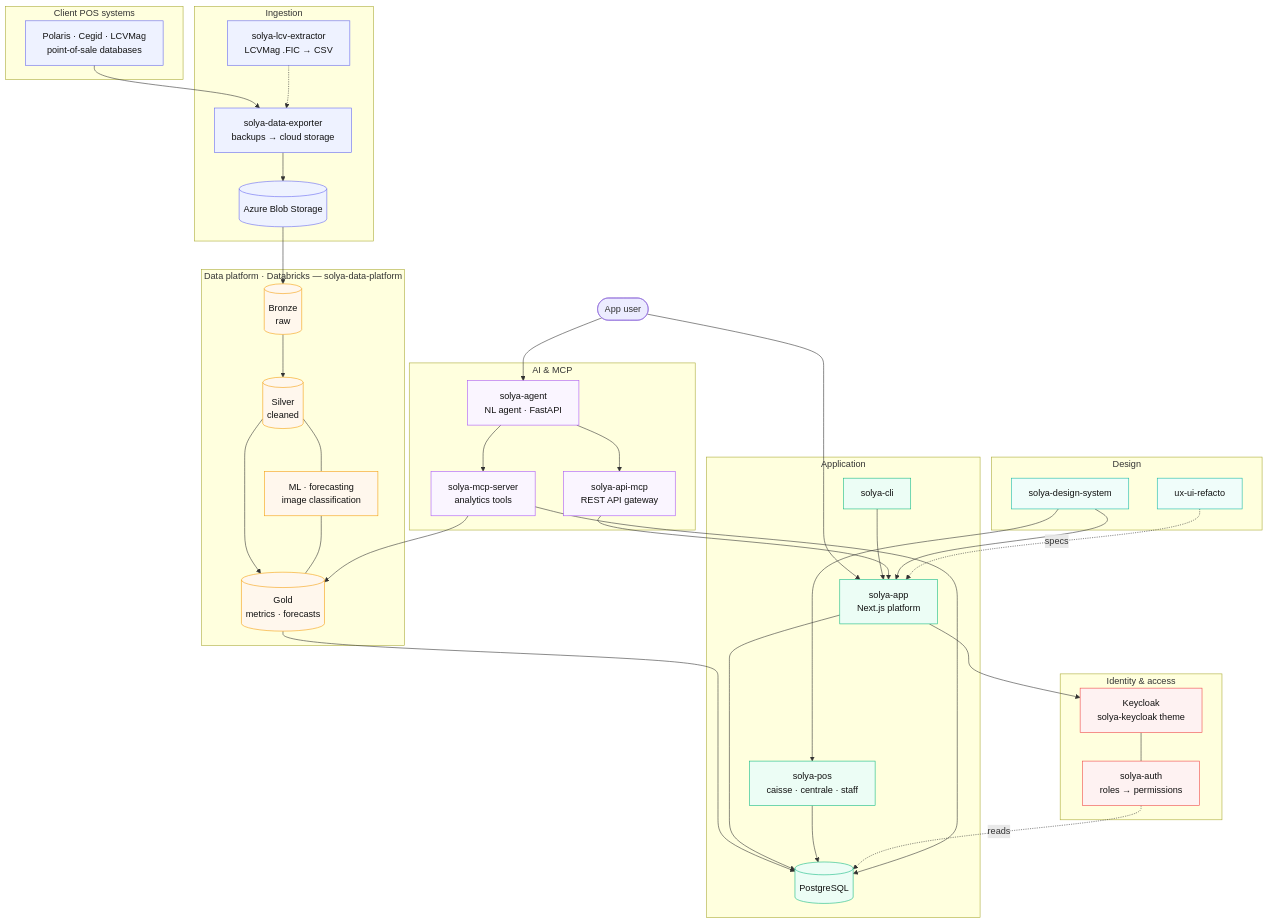
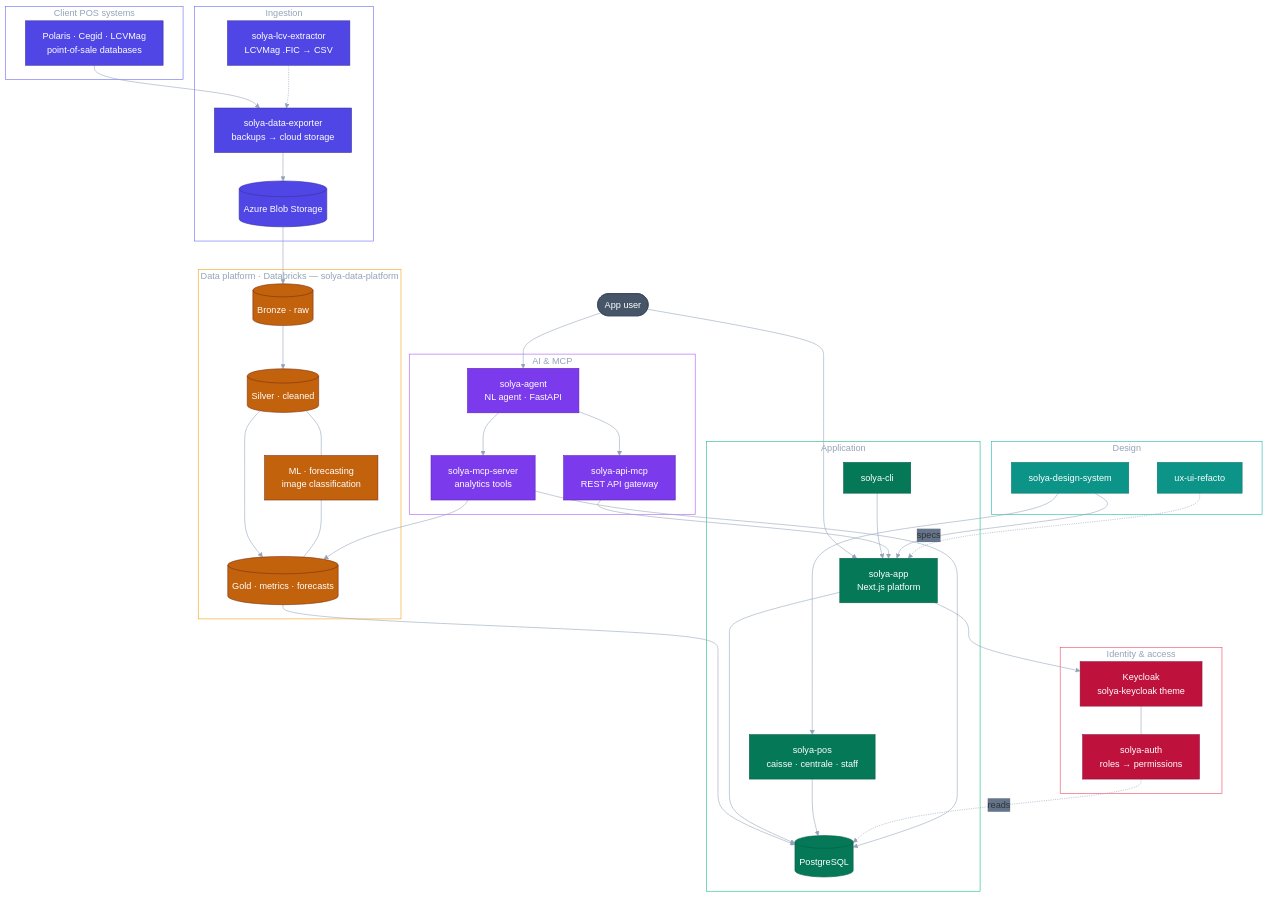
The diagram in profile/README.md (Solya-app/.github), drawn with Mermaid before and after one commit.

Commit message:
style: refine architecture diagram palette for light/dark

````diff
--- a/profile/README.md
+++ b/profile/README.md
@@ -92,45 +92,52 @@
 ```mermaid
+%%{init: {'theme':'base','themeVariables':{
+  'fontFamily':'ui-sans-serif, system-ui, sans-serif',
+  'lineColor':'#94a3b8',
+  'clusterBkg':'transparent',
+  'titleColor':'#94a3b8',
+  'edgeLabelBackground':'#64748b'
+}}}%%
 flowchart TB
-  user([App user])
+  user([App user]):::actor
 
   subgraph SRC["Client POS systems"]
-    pos["Polaris · Cegid · LCVMag<br/>point-of-sale databases"]
+    pos["Polaris · Cegid · LCVMag<br/>point-of-sale databases"]:::src
   end
 
   subgraph ING["Ingestion"]
-    lcv["solya-lcv-extractor<br/>LCVMag .FIC → CSV"]
-    exporter["solya-data-exporter<br/>backups → cloud storage"]
-    blob[("Azure Blob Storage")]
+    lcv["solya-lcv-extractor<br/>LCVMag .FIC → CSV"]:::src
+    exporter["solya-data-exporter<br/>backups → cloud storage"]:::src
+    blob[("Azure Blob Storage")]:::src
   end
 
   subgraph PLAT["Data platform · Databricks — solya-data-platform"]
-    bronze[("Bronze<br/>raw")]
-    silver[("Silver<br/>cleaned")]
-    gold[("Gold<br/>metrics · forecasts")]
-    ml["ML · forecasting<br/>image classification"]
+    bronze[("Bronze · raw")]:::data
+    silver[("Silver · cleaned")]:::data
+    gold[("Gold · metrics · forecasts")]:::data
+    ml["ML · forecasting<br/>image classification"]:::data
+  end
+
+  subgraph AI["AI &amp; MCP"]
+    agent["solya-agent<br/>NL agent · FastAPI"]:::ai
+    mcp["solya-mcp-server<br/>analytics tools"]:::ai
+    apimcp["solya-api-mcp<br/>REST API gateway"]:::ai
   end
 
   subgraph APP["Application"]
-    solyaapp["solya-app<br/>Next.js platform"]
-    posapp["solya-pos<br/>caisse · centrale · staff"]
-    cli["solya-cli"]
-    pg[("PostgreSQL")]
+    solyaapp["solya-app<br/>Next.js platform"]:::app
+    posapp["solya-pos<br/>caisse · centrale · staff"]:::app
+    cli["solya-cli"]:::app
+    pg[("PostgreSQL")]:::app
   end
 
-  subgraph IAM["Identity & access"]
-    keycloak["Keycloak<br/>solya-keycloak theme"]
-    authsvc["solya-auth<br/>roles → permissions"]
-  end
-
-  subgraph AI["AI & MCP"]
-    agent["solya-agent<br/>NL agent · FastAPI"]
-    mcp["solya-mcp-server<br/>analytics tools"]
-    apimcp["solya-api-mcp<br/>REST API gateway"]
+  subgraph IAM["Identity &amp; access"]
+    keycloak["Keycloak<br/>solya-keycloak theme"]:::iam
+    authsvc["solya-auth<br/>roles → permissions"]:::iam
   end
 
   subgraph DSN["Design"]
-    ds["solya-design-system"]
-    ux["ux-ui-refacto"]
+    ds["solya-design-system"]:::dsn
+    ux["ux-ui-refacto"]:::dsn
   end
 
   pos --> exporter
@@ -162,16 +169,19 @@
   ds --> posapp
   ux -. specs .-> solyaapp
 
-  classDef src fill:#eef2ff,stroke:#6366f1,color:#111
-  classDef data fill:#fff7ed,stroke:#f59e0b,color:#111
-  classDef app fill:#ecfdf5,stroke:#10b981,color:#111
-  classDef iam fill:#fef2f2,stroke:#ef4444,color:#111
-  classDef ai fill:#faf5ff,stroke:#a855f7,color:#111
-  classDef dsn fill:#f0fdfa,stroke:#14b8a6,color:#111
-  class pos,lcv,exporter,blob src
-  class bronze,silver,gold,ml data
-  class solyaapp,posapp,cli,pg app
-  class keycloak,authsvc iam
-  class agent,mcp,apimcp ai
-  class ds,ux dsn
+  classDef actor fill:#475569,stroke:#334155,color:#fff
+  classDef src fill:#4f46e5,stroke:#3730a3,color:#fff
+  classDef data fill:#c2620c,stroke:#7c2d12,color:#fff
+  classDef app fill:#047857,stroke:#065f46,color:#fff
+  classDef iam fill:#be123c,stroke:#881337,color:#fff
+  classDef ai fill:#7c3aed,stroke:#5b21b6,color:#fff
+  classDef dsn fill:#0d9488,stroke:#0f766e,color:#fff
+
+  style SRC fill:none,stroke:#6366f1,stroke-width:1px
+  style ING fill:none,stroke:#6366f1,stroke-width:1px
+  style PLAT fill:none,stroke:#f59e0b,stroke-width:1px
+  style AI fill:none,stroke:#a855f7,stroke-width:1px
+  style APP fill:none,stroke:#10b981,stroke-width:1px
+  style IAM fill:none,stroke:#f43f5e,stroke-width:1px
+  style DSN fill:none,stroke:#14b8a6,stroke-width:1px
 ```
````
